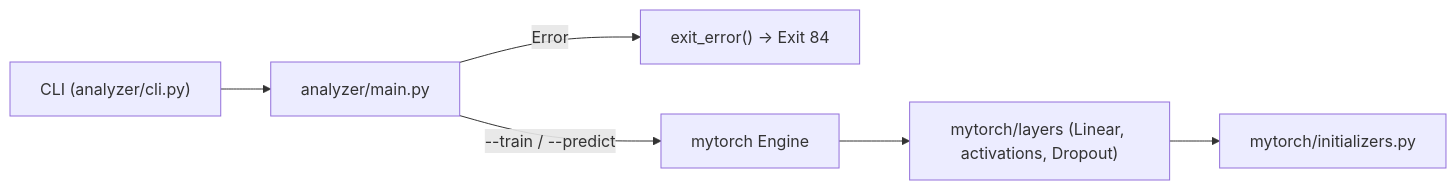
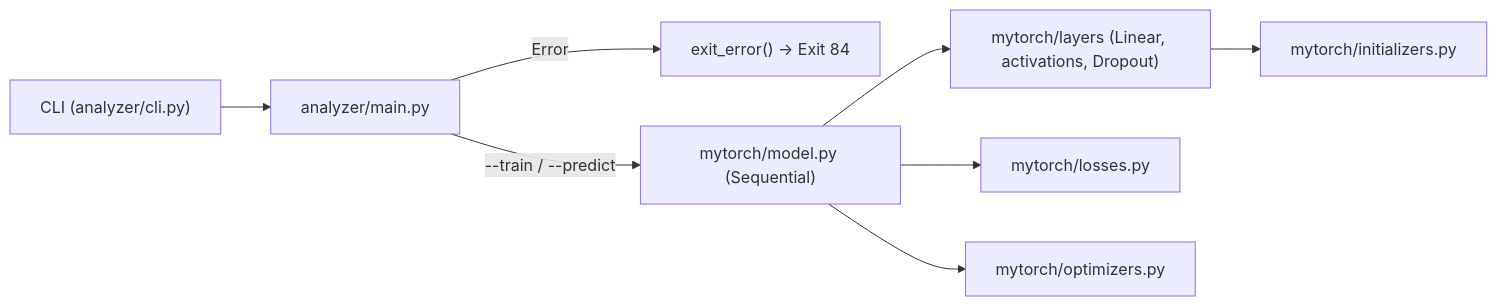
The diagram in ARCHITECTURE.md (LeJih8-24/OurTorch), drawn with Mermaid before and after one commit. The commit also changed other lines of this file and 1 other file, not shown here.

First line of the commit message:
docs(model): documented losses, optimizers and Sequential training loop

````diff
--- a/ARCHITECTURE.md
+++ b/ARCHITECTURE.md
@@ -160,8 +218,10 @@
 ```mermaid
 flowchart LR
     CLI["CLI (analyzer/cli.py)"] --> Main["analyzer/main.py"]
     Main -->|Error| Utils["exit_error() -> Exit 84"]
-    Main -->|--train / --predict| Engine["mytorch Engine"]
+    Main -->|--train / --predict| Engine["mytorch/model.py (Sequential)"]
     Engine --> Layers["mytorch/layers (Linear, activations, Dropout)"]
+    Engine --> Loss["mytorch/losses.py"]
+    Engine --> Optim["mytorch/optimizers.py"]
     Layers --> Init["mytorch/initializers.py"]
 ```
````
